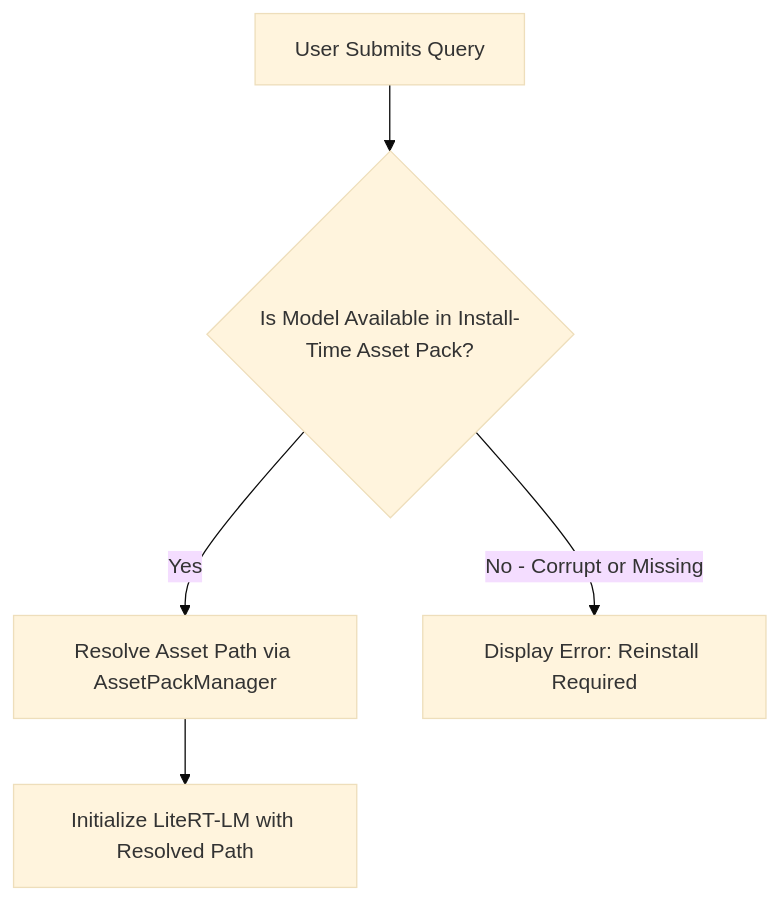
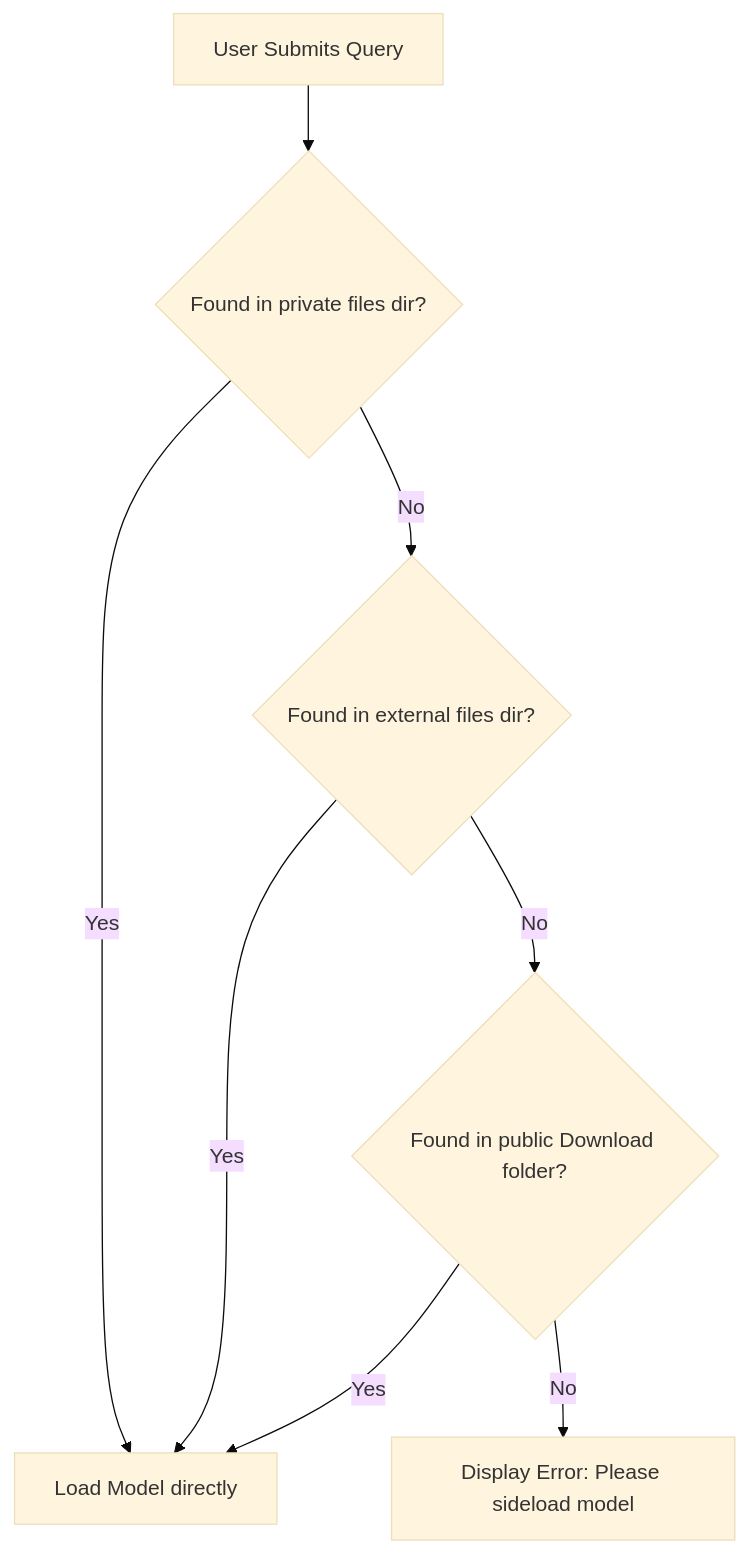
One commit to sanchitnis/android-llm changed the diagram in specs/BUILD-GUIDE.md. Above: the diagram before and after it, drawn with Mermaid (base theme). The commit also changed other lines of this file and 751 other files, not shown here.

````diff
--- a/specs/BUILD-GUIDE.md
+++ b/specs/BUILD-GUIDE.md
@@ -129,7 +104,10 @@
 ```mermaid
 graph TD
-    Start[User Submits Query] --> CheckLocal{Is Model Available in Install-Time Asset Pack?}
-    CheckLocal -->|Yes| ResolvePath[Resolve Asset Path via AssetPackManager]
-    ResolvePath --> LoadModel[Initialize LiteRT-LM with Resolved Path]
-    CheckLocal -->|No - Corrupt or Missing| ShowError[Display Error: Reinstall Required]
+    Start[User Submits Query] --> CheckPrivate{Found in private files dir?}
+    CheckPrivate -->|Yes| Load[Load Model directly]
+    CheckPrivate -->|No| CheckExternal{Found in external files dir?}
+    CheckExternal -->|Yes| Load
+    CheckExternal -->|No| CheckDownload{Found in public Download folder?}
+    CheckDownload -->|Yes| Load
+    CheckDownload -->|No| Fail[Display Error: Please sideload model]
 ```
````
